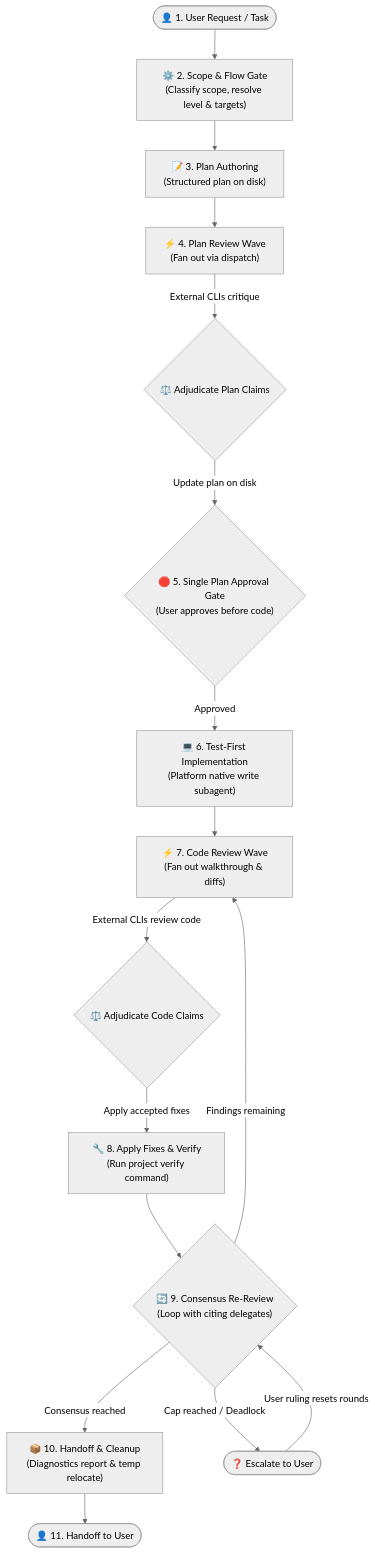
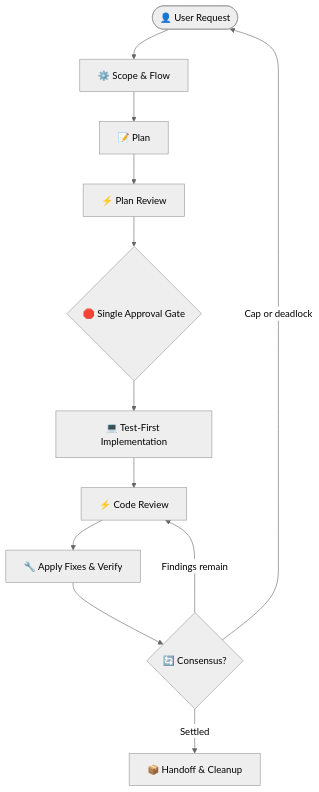
One commit to Gyunikuchan/dispatch-skills changed the diagram in skills/implement-dispatch/README.md. Above: the diagram before and after it, drawn with Mermaid (neutral theme). The commit also changed other lines of this file and 22 other files, not shown here.

Commit message:
feat: allow all dispatch skills to use provider pins e.g. `/dispatch (all)` so that we don't accidentally invoke dispatch to a non-configured platform

````diff
--- a/skills/implement-dispatch/README.md
+++ b/skills/implement-dispatch/README.md
@@ -19,23 +17,14 @@
 ```mermaid
 flowchart TD
-    User(["👤 1. User Request / Task"]) --> Scope["⚙️ 2. Scope & Flow Gate<br/>(Classify scope, resolve level & targets)"]
-    Scope --> Plan["📝 3. Plan Authoring<br/>(Structured plan on disk)"]
-    
-    Plan --> PlanRev["⚡ 4. Plan Review Wave<br/>(Fan out via dispatch)"]
-    PlanRev -->|External CLIs critique| PlanAdj{"⚖️ Adjudicate Plan Claims"}
-    PlanAdj -->|Update plan on disk| Gate{"🛑 5. Single Plan Approval Gate<br/>(User approves before code)"}
-    Gate -->|Approved| Impl["💻 6. Test-First Implementation<br/>(Platform native write subagent)"]
-    
-    Impl --> CodeRev["⚡ 7. Code Review Wave<br/>(Fan out walkthrough & diffs)"]
-    CodeRev -->|External CLIs review code| CodeAdj{"⚖️ Adjudicate Code Claims"}
-    
-    CodeAdj -->|Apply accepted fixes| Fixes["🔧 8. Apply Fixes & Verify<br/>(Run project verify command)"]
-    Fixes --> ReRev{"🔄 9. Consensus Re-Review<br/>(Loop with citing delegates)"}
-    
-    ReRev -->|Findings remaining| CodeRev
-    ReRev -->|Consensus reached| Handoff["📦 10. Handoff & Cleanup<br/>(Diagnostics report & temp relocate)"]
-    ReRev -->|Cap reached / Deadlock| Escalate(["❓ Escalate to User"])
-    Escalate -->|User ruling resets rounds| ReRev
-    
-    Handoff --> Final(["👤 11. Handoff to User"])
+    User(["👤 User Request"]) --> Scope["⚙️ Scope & Flow"]
+    Scope --> Plan["📝 Plan"]
+    Plan --> PlanReview["⚡ Plan Review"]
+    PlanReview --> Gate{"🛑 Single Approval Gate"}
+    Gate --> Implementation["💻 Test-First Implementation"]
+    Implementation --> CodeReview["⚡ Code Review"]
+    CodeReview --> Fix["🔧 Apply Fixes & Verify"]
+    Fix --> Consensus{"🔄 Consensus?"}
+    Consensus -->|Findings remain| CodeReview
+    Consensus -->|Settled| Handoff["📦 Handoff & Cleanup"]
+    Consensus -->|Cap or deadlock| User
 ```
````
